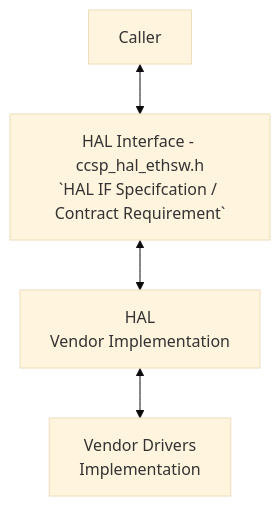
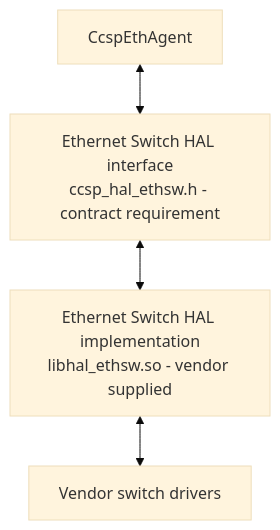
Before and after one commit to rdkcentral/rdkb-halif-ethsw: the first of 2 diagrams in docs/pages/EthSWHAlSpec.md, drawn with Mermaid (base theme). The commit also changed other lines of this file, not shown here.

First line of the commit message:
Etherenet Switch HAL specification update (#18)

````diff
--- a/docs/pages/EthSWHAlSpec.md
+++ b/docs/pages/EthSWHAlSpec.md
@@ -61,7 +36,6 @@
 ```mermaid
-
-flowchart
-    Caller <--> HALIF[HAL Interface - ccsp_hal_ethsw.h\n`HAL IF Specifcation / Contract Requirement`]
-    HALIF <--> VendorWrapper[HAL\nVendor Implementation]
-    VendorWrapper <--> VendorDrivers[Vendor Drivers\nImplementation]
+flowchart TD
+    Owner["CcspEthAgent"] <--> Contract["Ethernet Switch HAL interface<br/>ccsp_hal_ethsw.h - contract requirement"]
+    Contract <--> Impl["Ethernet Switch HAL implementation<br/>libhal_ethsw.so - vendor supplied"]
+    Impl <--> Drivers[Vendor switch drivers]
 ```
````
